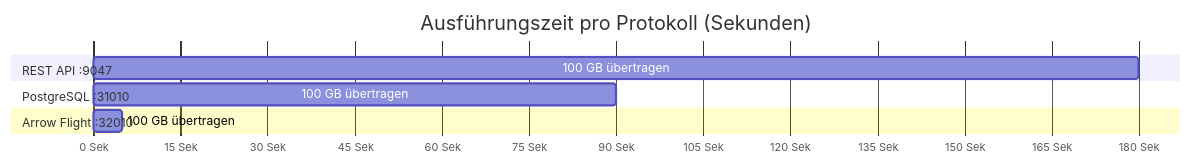
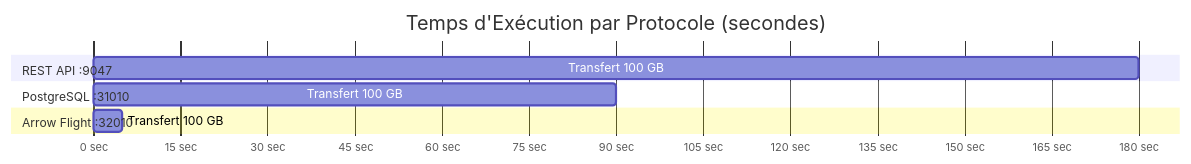
One commit to Monsau/Talentys-OSS-Data-Platform changed the third of 9 diagrams in docs/i18n/de/architecture/dremio-ports-visual.md. Above: the diagram before and after it, drawn with Mermaid. The commit also changed other lines of this file and 485 other files, not shown here.

First line of the commit message:
feat: v1.1.0 - Complete i18n roadmap, AI services, and data platform

````diff
--- a/docs/i18n/de/architecture/dremio-ports-visual.md
+++ b/docs/i18n/de/architecture/dremio-ports-visual.md
@@ -121,15 +121,15 @@
 ```mermaid
 gantt
-    title Ausführungszeit pro Protokoll (Sekunden)
+    title Temps d'Exécution par Protocole (secondes)
     dateFormat X
-    axisFormat %s Sek
+    axisFormat %s sec
     
     section REST API :9047
-    100 GB übertragen     :0, 180
+    Transfert 100 GB     :0, 180
     
     section PostgreSQL :31010
-    100 GB übertragen     :0, 90
+    Transfert 100 GB     :0, 90
     
     section Arrow Flight :32010
-    100 GB übertragen     :0, 5
+    Transfert 100 GB     :0, 5
 ```
````
